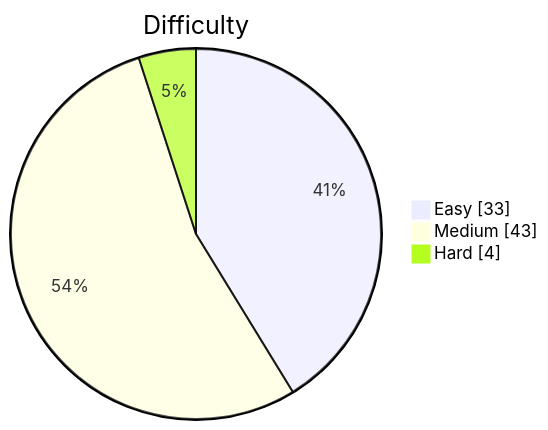
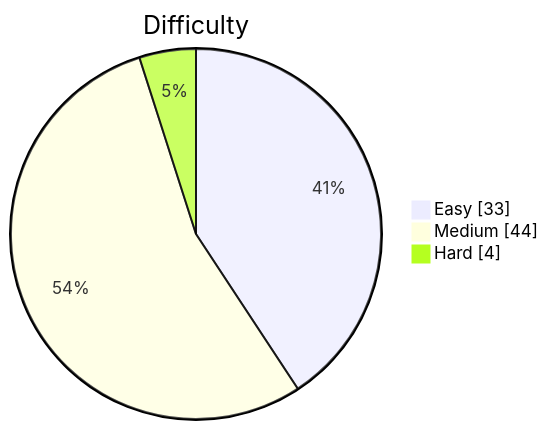
One commit to kevstevie/python-algo-practice changed the diagram in README.md. Above: the diagram before and after it, drawn with Mermaid. The commit also changed other lines of this file, not shown here.

````diff
--- a/README.md
+++ b/README.md
@@ -13,7 +13,7 @@
 ```mermaid
 pie showData
     title Difficulty
     "Easy"   : 33
-    "Medium" : 43
+    "Medium" : 44
     "Hard"   : 4
 ```
````
